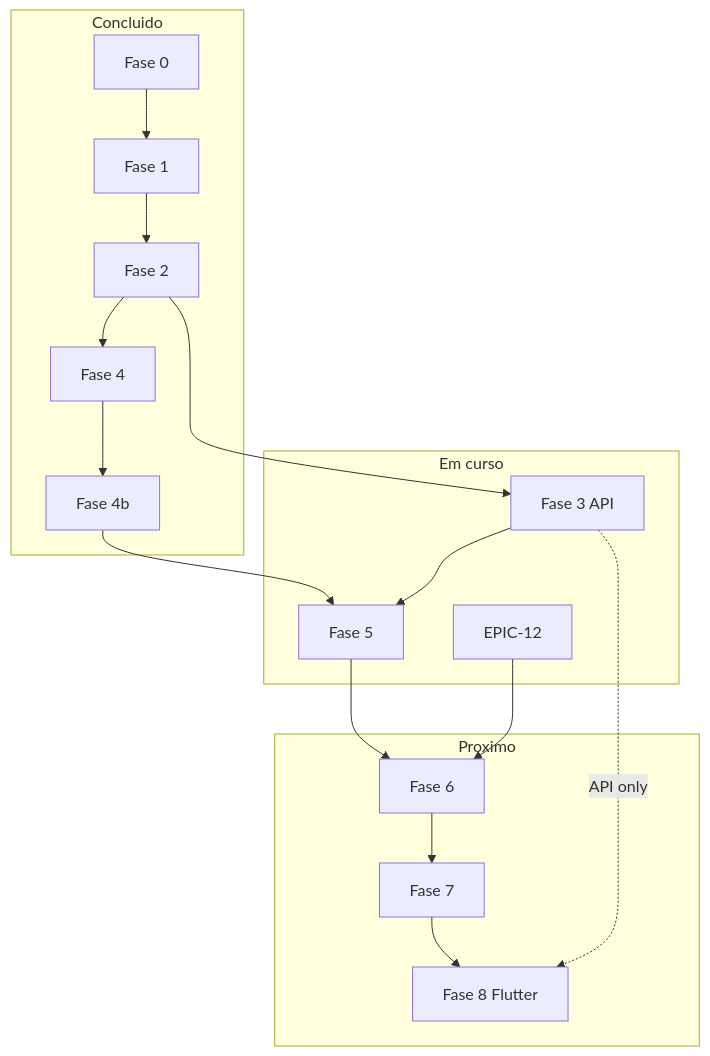
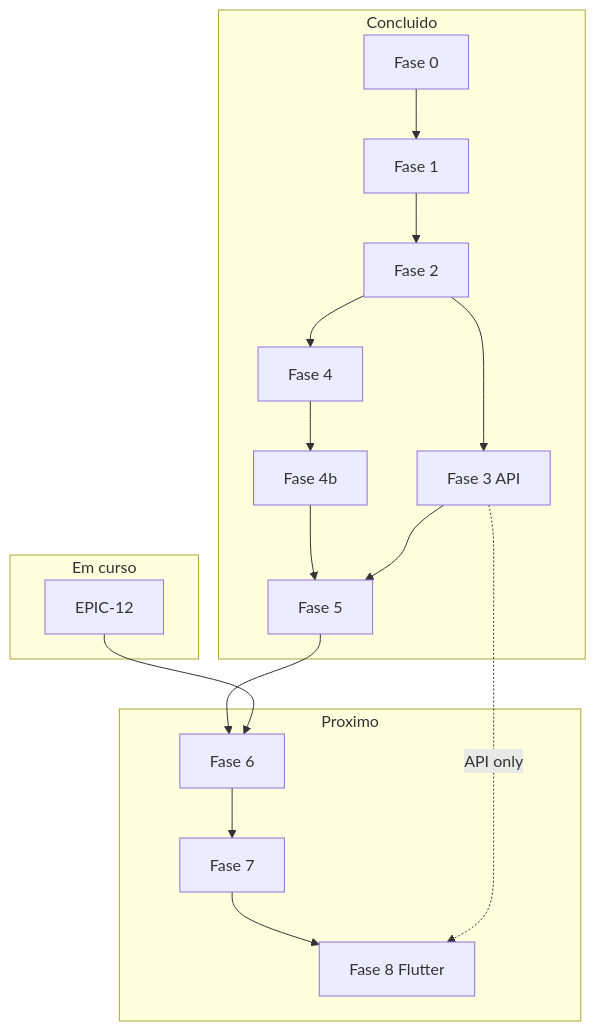
One commit to tiagocassio/cidadaobr changed the diagram in docs/roteiro-organizado-fases-epicos.md. Above: the diagram before and after it, drawn with Mermaid. The commit also changed other lines of this file and 4 other files, not shown here.

First line of the commit message:
docs: sync roadmap after Fase 3/5 gate closure

````diff
--- a/docs/roteiro-organizado-fases-epicos.md
+++ b/docs/roteiro-organizado-fases-epicos.md
@@ -35,27 +35,27 @@
 ```mermaid
 flowchart TB
   subgraph done [Concluido]
     F0[Fase 0]
     F1[Fase 1]
     F2[Fase 2]
+    F3[Fase 3 API]
     F4[Fase 4]
     F4b[Fase 4b]
+    F5[Fase 5]
   end
   subgraph wip [Em curso]
-    F3[Fase 3 API]
-    F5[Fase 5]
     E12[EPIC-12]
   end
   subgraph next [Proximo]
     F6[Fase 6]
     F7[Fase 7]
     F8[Fase 8 Flutter]
   end
   F0 --> F1 --> F2 --> F3
   F2 --> F4 --> F4b --> F5
   F3 --> F5
   F5 --> F6
   E12 --> F6
   F6 --> F7 --> F8
   F3 -.->|API only| F8
 ```
````
